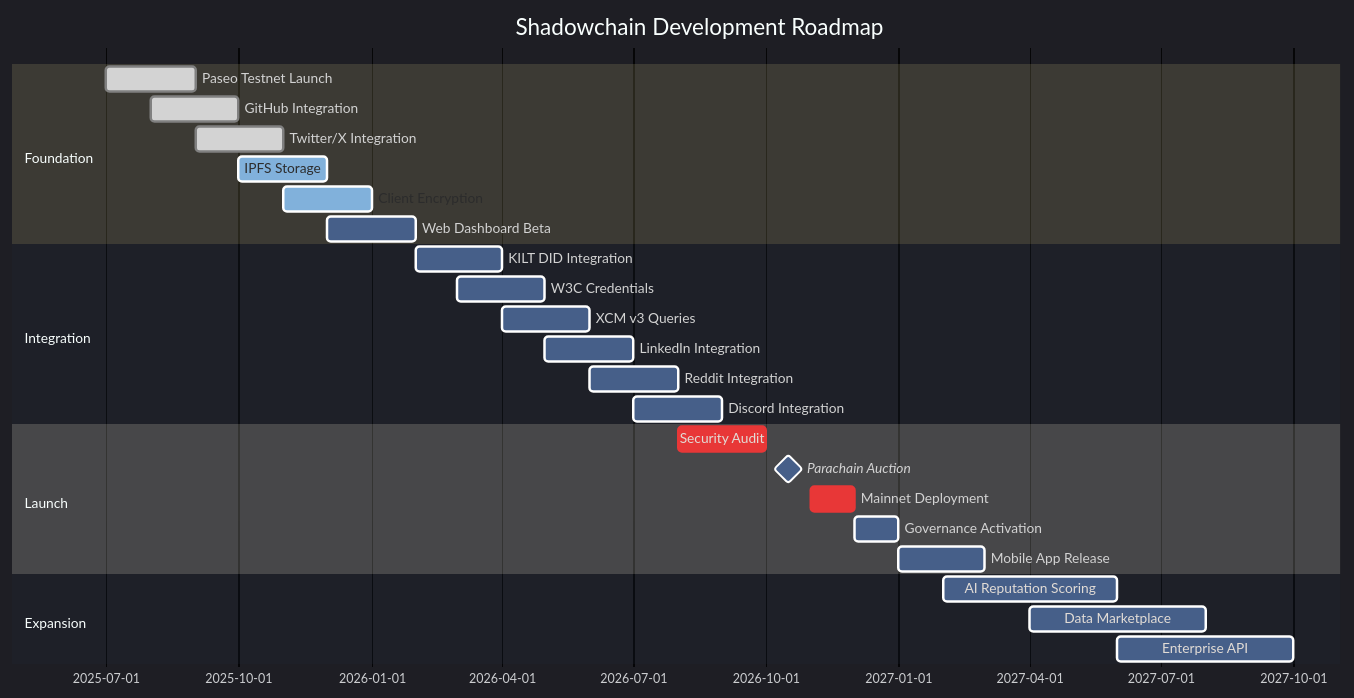
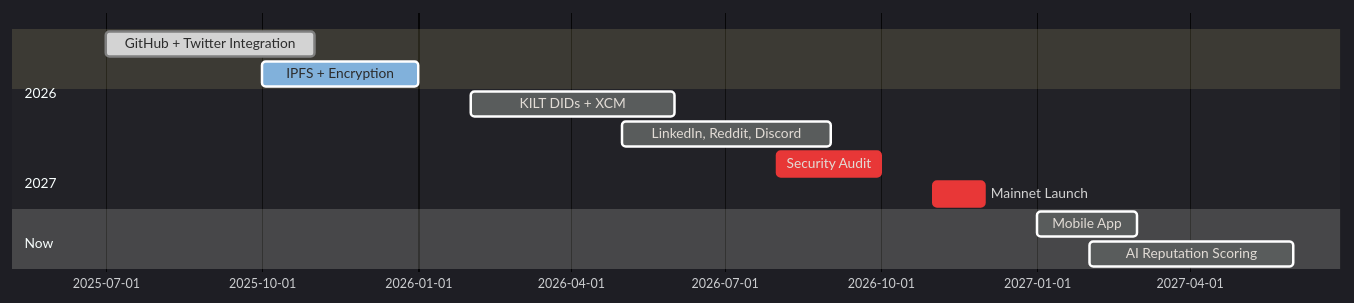
One commit to tufstraka/shadowchain changed the second of 2 diagrams in README.md. Above: the diagram before and after it, drawn with Mermaid. The commit also changed other lines of this file, not shown here.

````diff
--- a/README.md
+++ b/README.md
@@ -320,33 +116,16 @@
 ```mermaid
-%%{init: {'theme':'dark', 'themeVariables': { 'crit0':'#ef4444','crit1':'#dc2626','crit2':'#b91c1c','done0':'#22c55e','done1':'#16a34a','done2':'#15803d','active0':'#06b6d4','active1':'#0891b2','active2':'#0e7490','grid':'#334155','background':'#1e293b','mainBkg':'#1e293b','secondBkg':'#334155','textColor':'#f8fafc','fontSize':'13px','fontFamily':'ui-sans-serif, system-ui, sans-serif'}}}%%
+%%{init: {'theme':'dark', 'themeVariables': { 'done0':'#22c55e','active0':'#06b6d4','crit0':'#ef4444','grid':'#334155','textColor':'#f8fafc','fontSize':'12px'}}}%%
 gantt
-    title Shadowchain Development Roadmap
     dateFormat YYYY-MM
-    section Foundation
-    Paseo Testnet Launch           :done, 2025-07, 2025-09
-    GitHub Integration             :done, 2025-08, 2025-10
-    Twitter/X Integration          :done, 2025-09, 2025-11
-    IPFS Storage                   :active, 2025-10, 2025-12
-    Client Encryption              :active, 2025-11, 2026-01
-    Web Dashboard Beta             :2025-12, 2026-02
-    
-    section Integration
-    KILT DID Integration           :2026-02, 2026-04
-    W3C Credentials                :2026-03, 2026-05
-    XCM v3 Queries                 :2026-04, 2026-06
-    LinkedIn Integration           :2026-05, 2026-07
-    Reddit Integration             :2026-06, 2026-08
-    Discord Integration            :2026-07, 2026-09
-    
-    section Launch
-    Security Audit                 :crit, 2026-08, 2026-10
-    Parachain Auction              :milestone, 2026-10, 2026-11
-    Mainnet Deployment             :crit, 2026-11, 2026-12
-    Governance Activation          :2026-12, 2027-01
-    Mobile App Release             :2027-01, 2027-03
-    
-    section Expansion
-    AI Reputation Scoring          :2027-02, 2027-06
-    Data Marketplace               :2027-04, 2027-08
-    Enterprise API                 :2027-06, 2027-10
+    section Now
+    GitHub + Twitter Integration :done, 2025-07, 2025-11
+    IPFS + Encryption           :active, 2025-10, 2026-01
+    section 2026
+    KILT DIDs + XCM             :2026-02, 2026-06
+    LinkedIn, Reddit, Discord   :2026-05, 2026-09
+    Security Audit              :crit, 2026-08, 2026-10
+    Mainnet Launch              :crit, 2026-11, 2026-12
+    section 2027
+    Mobile App                  :2027-01, 2027-03
+    AI Reputation Scoring       :2027-02, 2027-06
 ```
````
